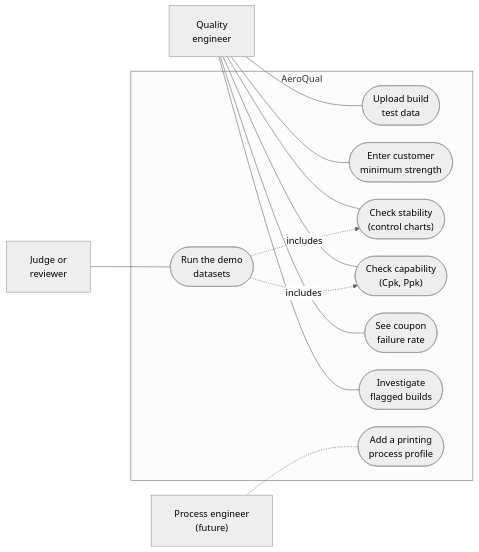
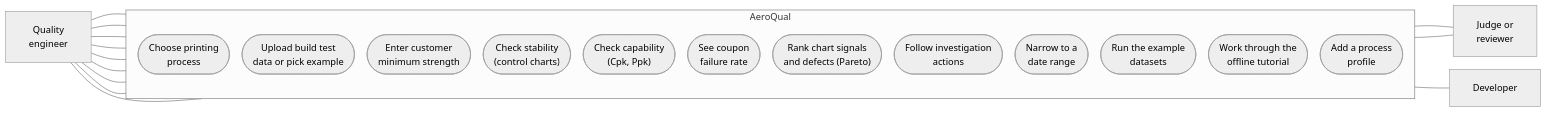
Before and after one commit to zaurbabayev222/team-sigma: the first of 6 diagrams in docs/architecture.md, drawn with Mermaid (neutral theme). The commit also changed other lines of this file and 4 other files, not shown here.

Commit message:
docs: update diagrams to the current app; contributions from Git history

````diff
--- a/docs/architecture.md
+++ b/docs/architecture.md
@@ -29,29 +24,29 @@
 ```mermaid
-%%{init: {"flowchart": {"padding": 20, "nodeSpacing": 30, "rankSpacing": 70}}}%%
+%%{init: {"flowchart": {"padding": 20, "nodeSpacing": 22, "rankSpacing": 60}}}%%
 flowchart LR
     QE["Quality<br>engineer"]
-    JU["Judge or<br>reviewer"]
-    PE["Process engineer<br>(future)"]
 
     subgraph AQ["AeroQual"]
-        UC1(["Upload build<br>test data"])
+        direction TB
+        UC0(["Choose printing<br>process"])
+        UC1(["Upload build test<br>data or pick example"])
         UC2(["Enter customer<br>minimum strength"])
         UC3(["Check stability<br>(control charts)"])
         UC4(["Check capability<br>(Cpk, Ppk)"])
         UC5(["See coupon<br>failure rate"])
-        UC6(["Investigate<br>flagged builds"])
-        UC7(["Run the demo<br>datasets"])
-        UC8(["Add a printing<br>process profile"])
+        UC6(["Rank chart signals<br>and defects (Pareto)"])
+        UC7(["Follow investigation<br>actions"])
+        UC8(["Narrow to a<br>date range"])
+        UC9(["Run the example<br>datasets"])
+        UC10(["Work through the<br>offline tutorial"])
+        UC11(["Add a process<br>profile"])
     end
 
-    QE --- UC1
-    QE --- UC2
-    QE --- UC3
-    QE --- UC4
-    QE --- UC5
-    QE --- UC6
-    JU --- UC7
-    PE -.- UC8
-    UC7 -. includes .-> UC3
-    UC7 -. includes .-> UC4
+    JU["Judge or<br>reviewer"]
+    DEV["Developer"]
+
+    QE --- UC0 & UC1 & UC2 & UC3 & UC4 & UC5 & UC6 & UC7 & UC8
+    UC9 --- JU
+    UC10 --- JU
+    UC11 --- DEV
 ```
````
